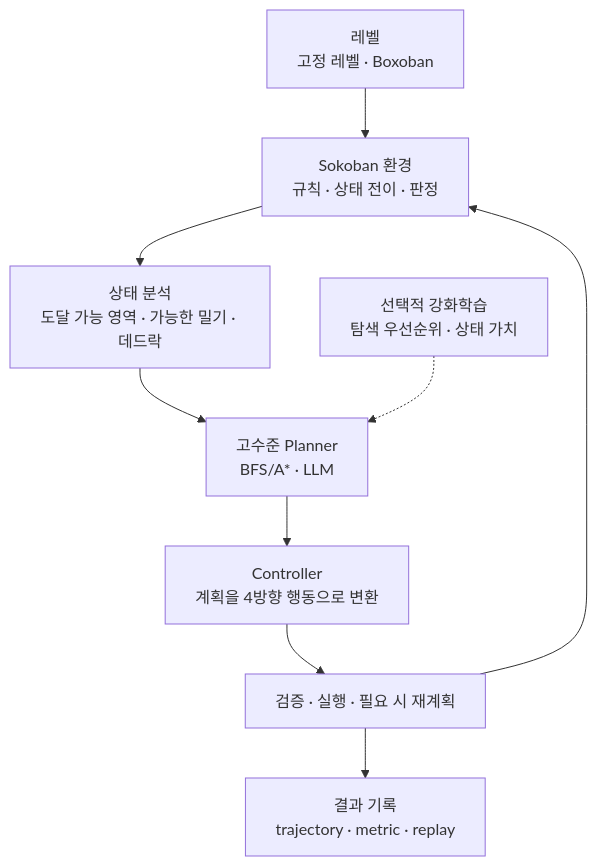
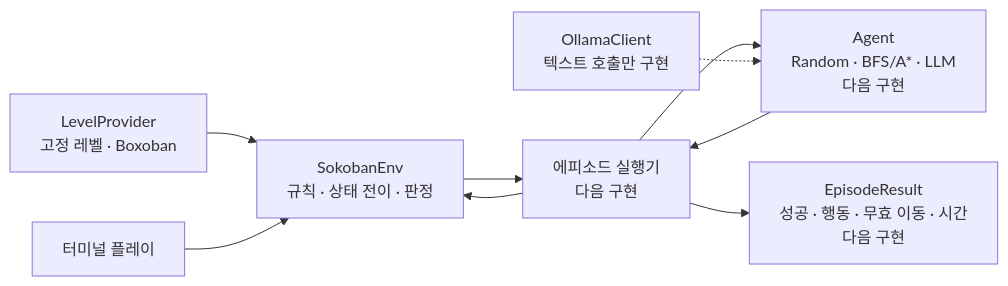
The diagram in docs/ARCHITECTURE.md (fredisbusy/sokoban-agent), drawn with Mermaid before and after one commit. The commit also changed other lines of this file and 4 other files, not shown here.

````diff
--- a/docs/ARCHITECTURE.md
+++ b/docs/ARCHITECTURE.md
@@ -8,11 +9,11 @@
 ```mermaid
-flowchart TD
-    L["레벨<br/>고정 레벨 · Boxoban"] --> E["Sokoban 환경<br/>규칙 · 상태 전이 · 판정"]
-    E --> A["상태 분석<br/>도달 가능 영역 · 가능한 밀기 · 데드락"]
-    A --> P["고수준 Planner<br/>BFS/A* · LLM"]
-    P --> C["Controller<br/>계획을 4방향 행동으로 변환"]
-    C --> X["검증 · 실행 · 필요 시 재계획"]
+flowchart LR
+    L["LevelProvider<br/>고정 레벨 · Boxoban"] --> E["SokobanEnv<br/>규칙 · 상태 전이 · 판정"]
+    T["터미널 플레이"] --> E
+    E --> X["에피소드 실행기<br/>다음 구현"]
+    X --> A["Agent<br/>Random · BFS/A* · LLM<br/>다음 구현"]
+    A --> X
     X --> E
-    X --> R["결과 기록<br/>trajectory · metric · replay"]
-    RL["선택적 강화학습<br/>탐색 우선순위 · 상태 가치"] -.-> P
+    X --> R["EpisodeResult<br/>성공 · 행동 · 무효 이동 · 시간<br/>다음 구현"]
+    O["OllamaClient<br/>텍스트 호출만 구현"] -.-> A
 ```
````
